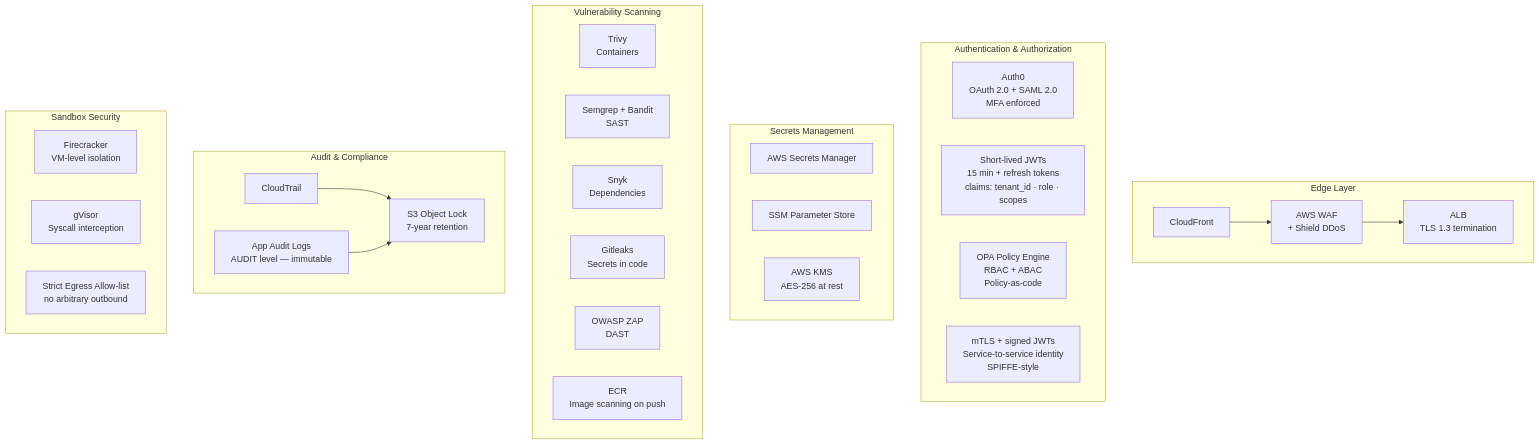
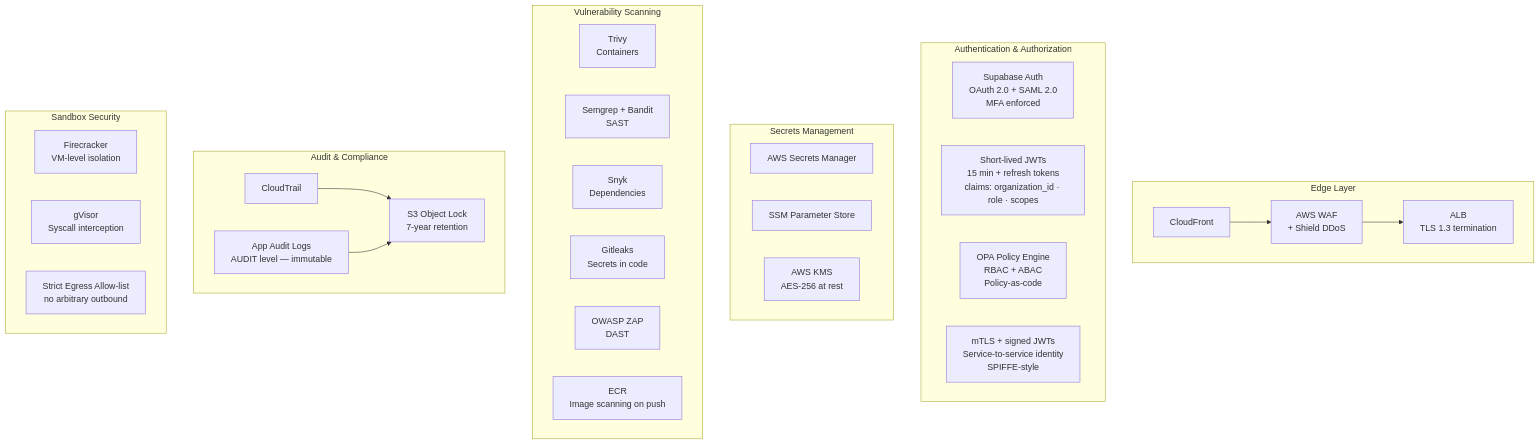
One commit to kaushraj1/AutoFounder changed diagram 17 of 18 in docs/architecture/HLD.md. Above: the diagram before and after it, drawn with Mermaid. The commit also changed other lines of this file and 9 other files, not shown here.

First line of the commit message:
refactor(docs): migrate docs/architecture to the canonical stack

````diff
--- a/docs/architecture/HLD.md
+++ b/docs/architecture/HLD.md
@@ -721,42 +720,42 @@
 ```mermaid
 graph TB
     subgraph Edge["Edge Layer"]
         CF2[CloudFront] --> WAF2[AWS WAF\n+ Shield DDoS]
         WAF2 --> ALB2[ALB\nTLS 1.3 termination]
     end
 
     subgraph Auth["Authentication & Authorization"]
-        AUTH0[Auth0\nOAuth 2.0 + SAML 2.0\nMFA enforced]
-        JWT2[Short-lived JWTs\n15 min + refresh tokens\nclaims: tenant_id · role · scopes]
+        AUTH0[Supabase Auth\nOAuth 2.0 + SAML 2.0\nMFA enforced]
+        JWT2[Short-lived JWTs\n15 min + refresh tokens\nclaims: organization_id · role · scopes]
         OPA2[OPA Policy Engine\nRBAC + ABAC\nPolicy-as-code]
         MTLS[mTLS + signed JWTs\nService-to-service identity\nSPIFFE-style]
     end
 
     subgraph Secrets["Secrets Management"]
         SM2[AWS Secrets Manager] 
         SSM2[SSM Parameter Store]
         KMS2[AWS KMS\nAES-256 at rest]
     end
 
     subgraph Scanning["Vulnerability Scanning"]
         TRIVY2[Trivy\nContainers]
         SEMG[Semgrep + Bandit\nSAST]
         SNYK2[Snyk\nDependencies]
         GITL[Gitleaks\nSecrets in code]
         ZAP[OWASP ZAP\nDAST]
         ECR2[ECR\nImage scanning on push]
     end
 
     subgraph Audit["Audit & Compliance"]
         CT[CloudTrail]
         AUDITLOG[App Audit Logs\nAUDIT level — immutable]
         S3LOCK[S3 Object Lock\n7-year retention]
         CT & AUDITLOG --> S3LOCK
     end
 
     subgraph SandboxSec["Sandbox Security"]
         FC[Firecracker\nVM-level isolation]
         GVISOR[gVisor\nSyscall interception]
         EGRESS[Strict Egress Allow-list\nno arbitrary outbound]
     end
 ```
````
